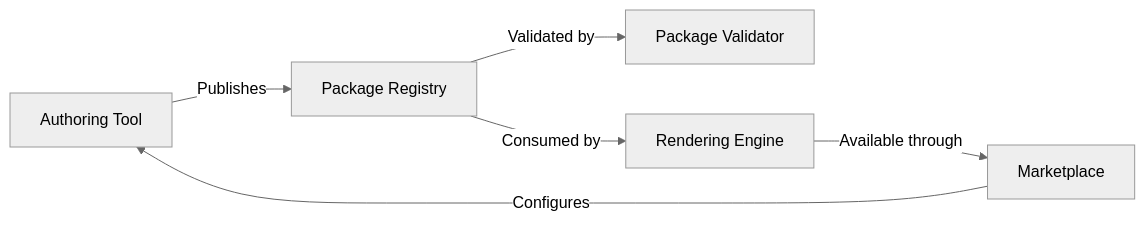
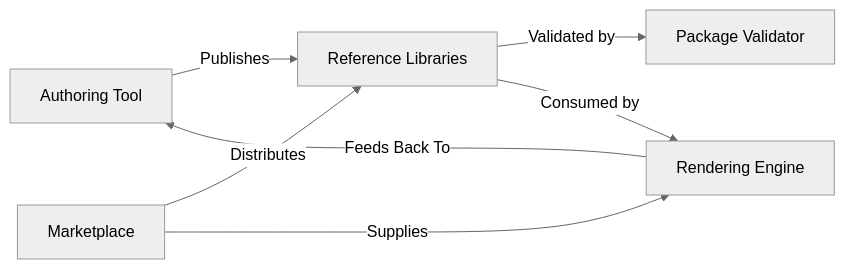
Before and after one commit to signatur3-git/prompt-gen-spec: the first of 2 diagrams in docs/architecture/components.md, drawn with Mermaid (neutral theme). The commit also changed other lines of this file and 6 other files, not shown here.

````diff
--- a/docs/architecture/components.md
+++ b/docs/architecture/components.md
@@ -9,14 +9,15 @@
 ```mermaid
 graph LR
     Authoring[Authoring Tool]
     Validator[Package Validator]
     Renderer[Rendering Engine]
+    Libraries[Reference Libraries]
     Marketplace[Marketplace]
-    Packages[Package Registry]
 
-    Authoring -->|Publishes| Packages
-    Packages -->|Validated by| Validator
-    Packages -->|Consumed by| Renderer
-    Renderer -->|Available through| Marketplace
-    Marketplace -->|Configures| Authoring
+    Authoring -->|Publishes| Libraries
+    Libraries -->|Validated by| Validator
+    Libraries -->|Consumed by| Renderer
+    Renderer -->|Feeds Back To| Authoring
+    Marketplace -->|Distributes| Libraries
+    Marketplace -->|Supplies| Renderer
 ```
````
